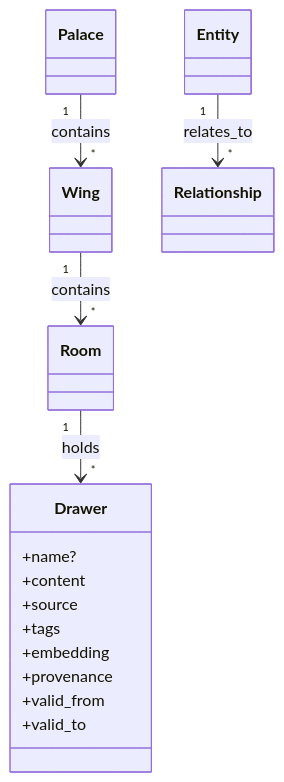
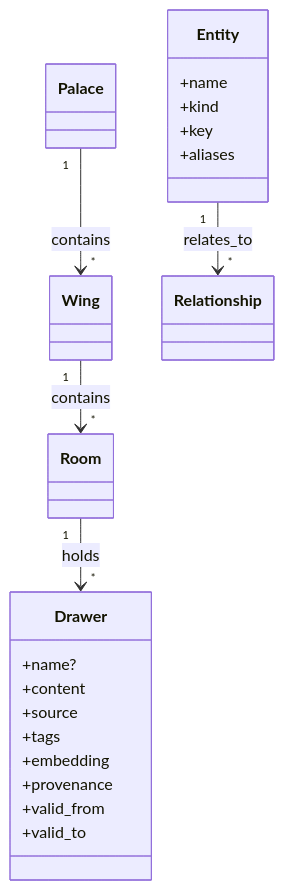
The fifth of 9 diagrams in docs/architecture.md (noirbizarre/memcastle), drawn with Mermaid before and after one commit. The commit also changed other lines of this file and 52 other files, not shown here.

````diff
--- a/docs/architecture.md
+++ b/docs/architecture.md
@@ -173,22 +173,27 @@
 ```mermaid
 classDiagram
     class Palace
     class Wing
     class Room
     class Drawer {
         +name?
         +content
         +source
         +tags
         +embedding
         +provenance
         +valid_from
         +valid_to
     }
-    class Entity
+    class Entity {
+        +name
+        +kind
+        +key
+        +aliases
+    }
     class Relationship
     Palace "1" --> "*" Wing : contains
     Wing "1" --> "*" Room : contains
     Room "1" --> "*" Drawer : holds
     Entity "1" --> "*" Relationship : relates_to
 ```
````
